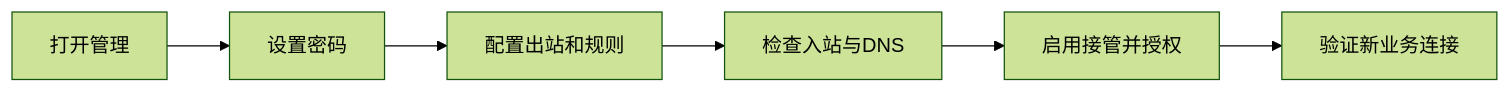
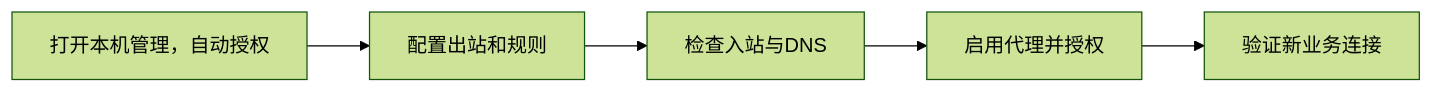
One commit to xjdrew/kone changed the first of 2 diagrams in docs/user/usage.md. Above: the diagram before and after it, drawn with Mermaid (forest theme). The commit also changed other lines of this file and 65 other files, not shown here.

````diff
--- a/docs/user/usage.md
+++ b/docs/user/usage.md
@@ -21,8 +21,7 @@
 ```mermaid
 flowchart LR
-  A[打开管理] --> B[设置密码]
-  B --> C[配置出站和规则]
+  A[打开本机管理，自动授权] --> C[配置出站和规则]
   C --> D[检查入站与DNS]
-  D --> E[启用接管并授权]
+  D --> E[启用代理并授权]
   E --> F[验证新业务连接]
 ```
````
